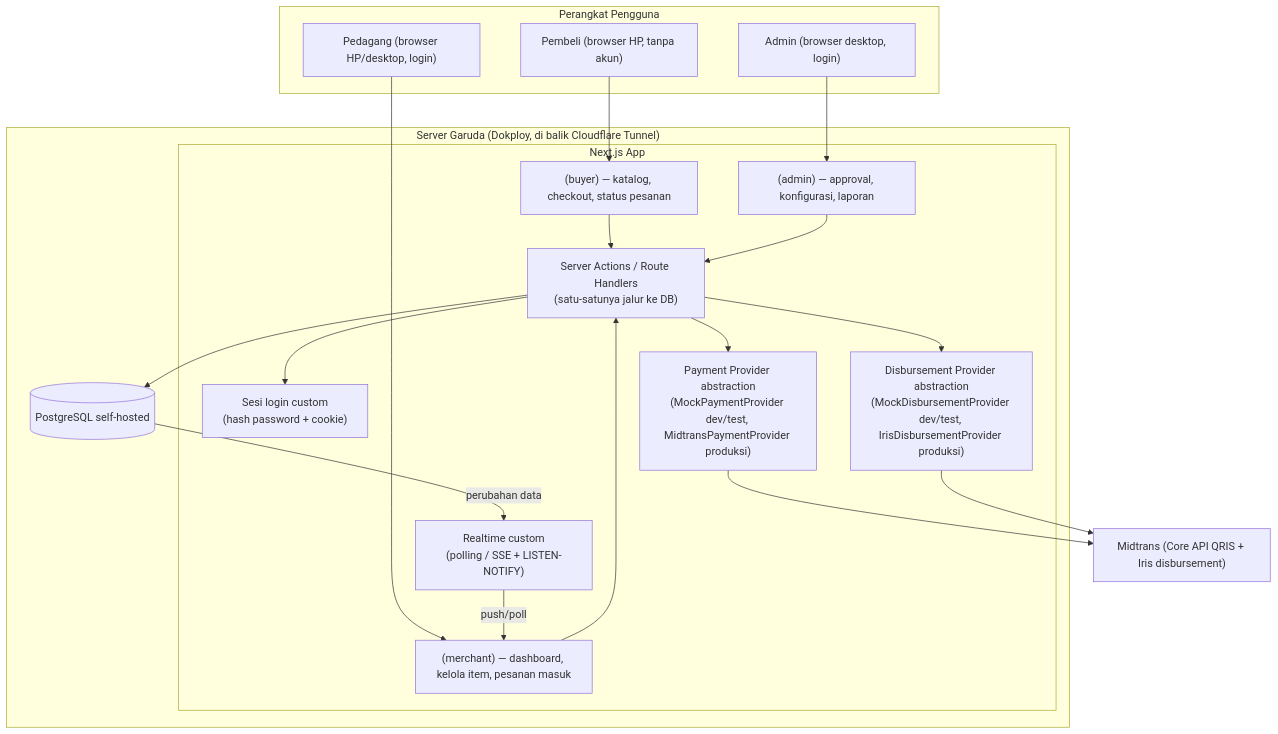
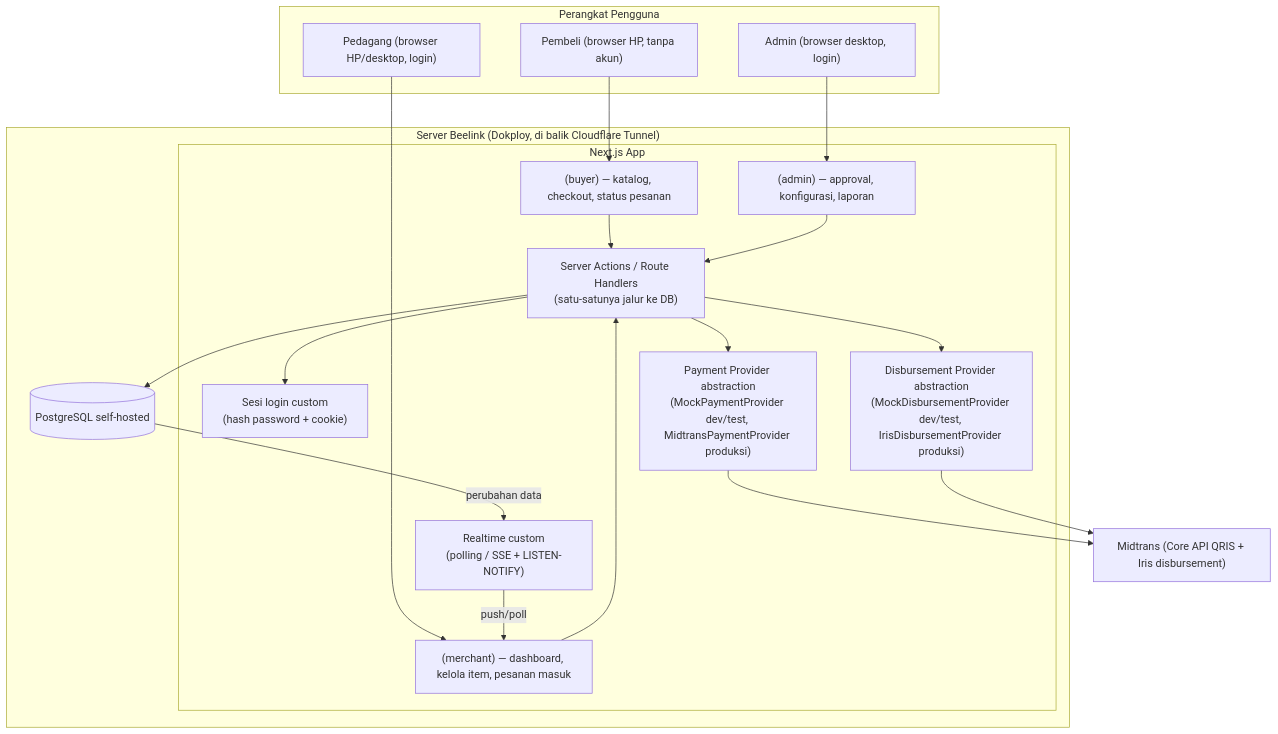
Before and after one commit to WeirdoKitten/My-Gerai: the diagram in docs/ARSITEKTUR-SISTEM.md, drawn with Mermaid. The commit also changed other lines of this file and 11 other files, not shown here.

First line of the commit message:
docs: catat pindah server ke Beelink dan CI/CD GitHub Actions

````diff
--- a/docs/ARSITEKTUR-SISTEM.md
+++ b/docs/ARSITEKTUR-SISTEM.md
@@ -7,36 +7,36 @@
 ```mermaid
 flowchart TB
     subgraph Client["Perangkat Pengguna"]
         Buyer["Pembeli (browser HP, tanpa akun)"]
         Merchant["Pedagang (browser HP/desktop, login)"]
         Admin["Admin (browser desktop, login)"]
     end
 
-    subgraph Server["Server Garuda (Dokploy, di balik Cloudflare Tunnel)"]
+    subgraph Server["Server Beelink (Dokploy, di balik Cloudflare Tunnel)"]
         subgraph App["Next.js App"]
             BuyerRoutes["(buyer) — katalog, checkout, status pesanan"]
             MerchantRoutes["(merchant) — dashboard, kelola item, pesanan masuk"]
             AdminRoutes["(admin) — approval, konfigurasi, laporan"]
             API["Server Actions / Route Handlers\n(satu-satunya jalur ke DB)"]
             AuthCustom["Sesi login custom\n(hash password + cookie)"]
             RTCustom["Realtime custom\n(polling / SSE + LISTEN-NOTIFY)"]
             PP["Payment Provider abstraction\n(MockPaymentProvider dev/test, MidtransPaymentProvider produksi)"]
             DP["Disbursement Provider abstraction\n(MockDisbursementProvider dev/test, IrisDisbursementProvider produksi)"]
         end
         DB[("PostgreSQL self-hosted")]
     end
 
     Gateway["Midtrans (Core API QRIS + Iris disbursement)"]
 
     Buyer --> BuyerRoutes --> API
     Merchant --> MerchantRoutes --> API
     Admin --> AdminRoutes --> API
     API --> AuthCustom
     API --> DB
     API --> PP
     API --> DP
     PP --> Gateway
     DP --> Gateway
     DB -- perubahan data --> RTCustom
     RTCustom -- push/poll --> MerchantRoutes
 ```
````
